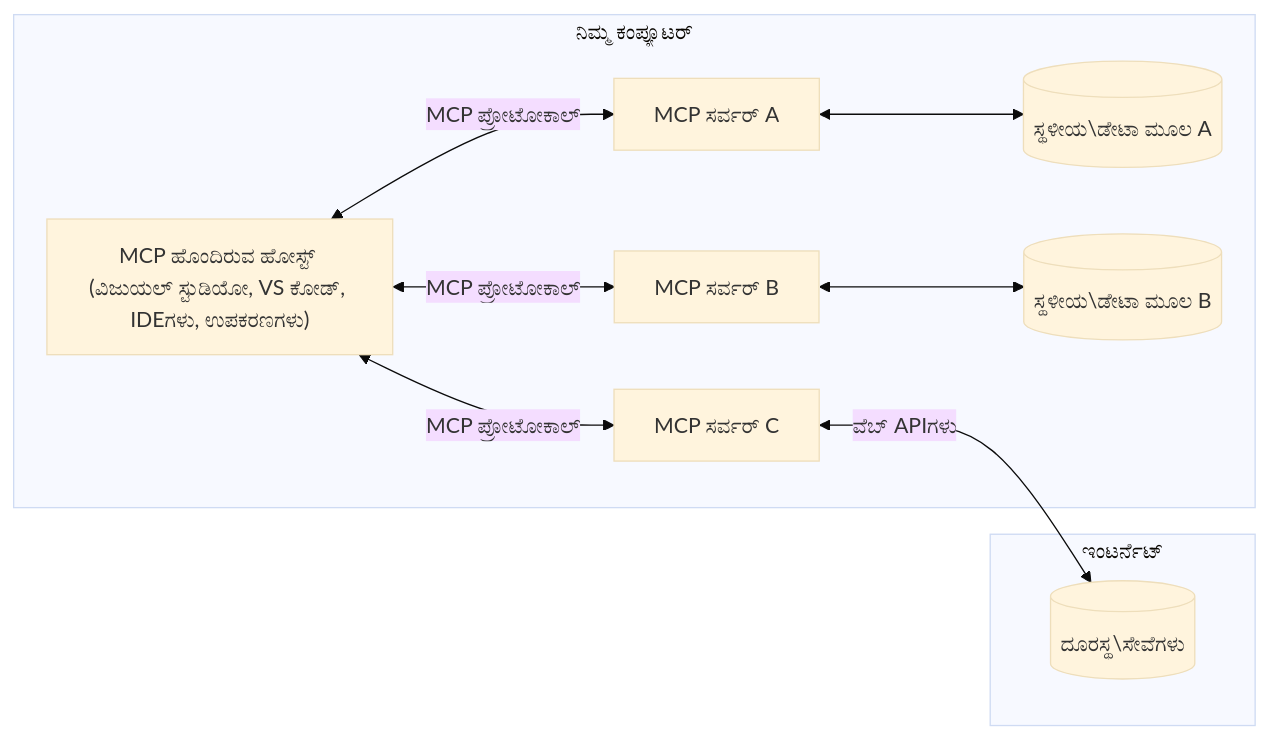
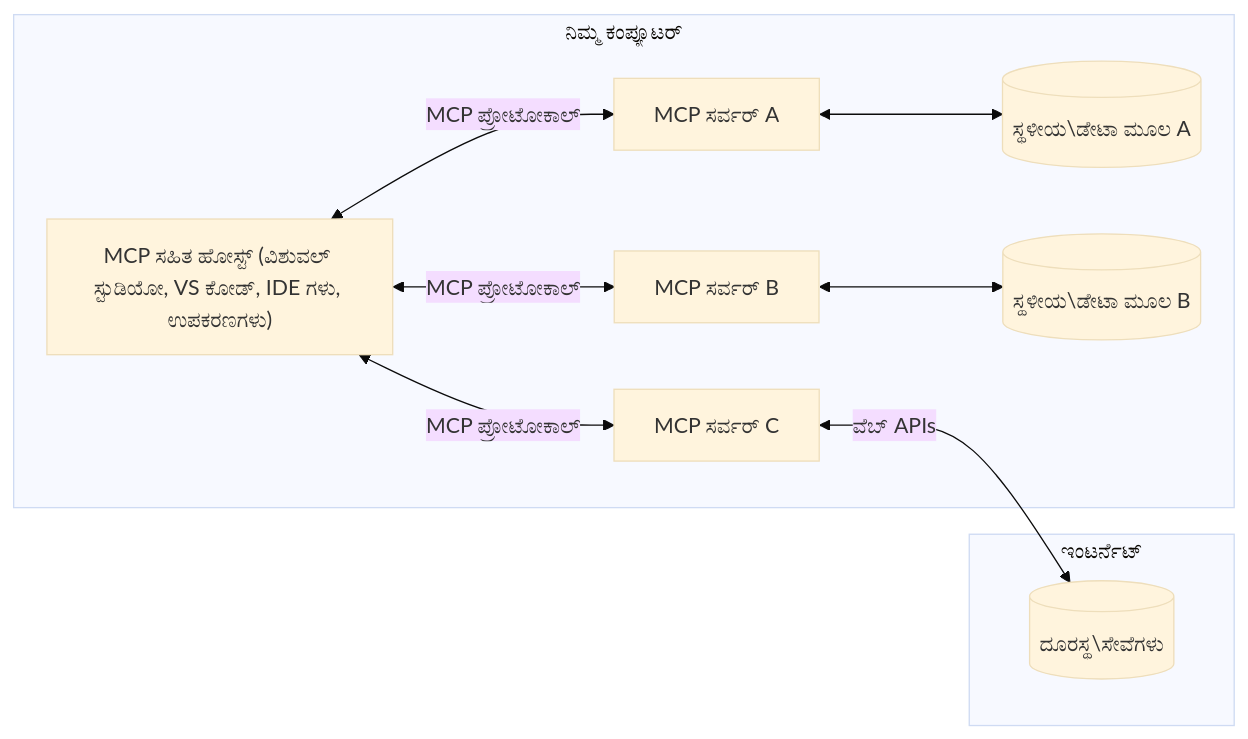
Before and after one commit to Mu-L/mcp-for-beginners: the diagram in translations/kn/01-CoreConcepts/README.md, drawn with Mermaid (base theme). The commit also changed other lines of this file and 110 other files, not shown here.

````diff
--- a/translations/kn/01-CoreConcepts/README.md
+++ b/translations/kn/01-CoreConcepts/README.md
@@ -45,17 +45,17 @@
 ```mermaid
 flowchart LR
     subgraph "ನಿಮ್ಮ ಕಂಪ್ಯೂಟರ್"
-        Host["MCP ಹೊಂದಿರುವ ಹೋಸ್ಟ್ (ವಿಜುಯಲ್ ಸ್ಟುಡಿಯೋ, VS ಕೋಡ್, IDEಗಳು, ಉಪಕರಣಗಳು)"]
+        Host["MCP ಸಹಿತ ಹೋಸ್ಟ್ (ವಿಶುವಲ್ ಸ್ಟುಡಿಯೋ, VS ಕೋಡ್, IDE ಗಳು, ಉಪಕರಣಗಳು)"]
         S1["MCP ಸರ್ವರ್ A"]
         S2["MCP ಸರ್ವರ್ B"]
         S3["MCP ಸರ್ವರ್ C"]
         Host <-->|"MCP ಪ್ರೋಟೋಕಾಲ್"| S1
         Host <-->|"MCP ಪ್ರೋಟೋಕಾಲ್"| S2
         Host <-->|"MCP ಪ್ರೋಟೋಕಾಲ್"| S3
         S1 <--> D1[("ಸ್ಥಳೀಯ\ಡೇಟಾ ಮೂಲ A")]
         S2 <--> D2[("ಸ್ಥಳೀಯ\ಡೇಟಾ ಮೂಲ B")]
     end
     subgraph "ಇಂಟರ್ನೆಟ್"
-        S3 <-->|"ವೆಬ್ APIಗಳು"| D3[("ದೂರಸ್ಥ\ಸೇವೆಗಳು")]
+        S3 <-->|"ವೆಬ್ APIs"| D3[("ದೂರಸ್ಥ\ಸೇವೆಗಳು")]
     end
-```
+```  
````
